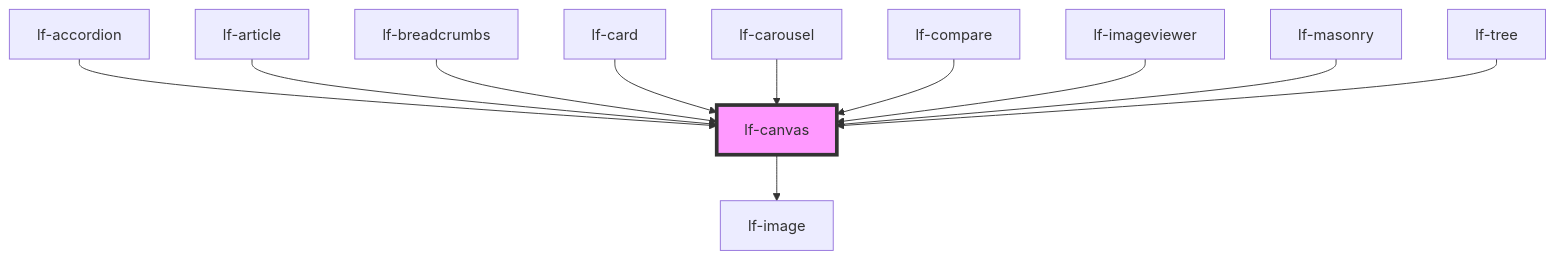
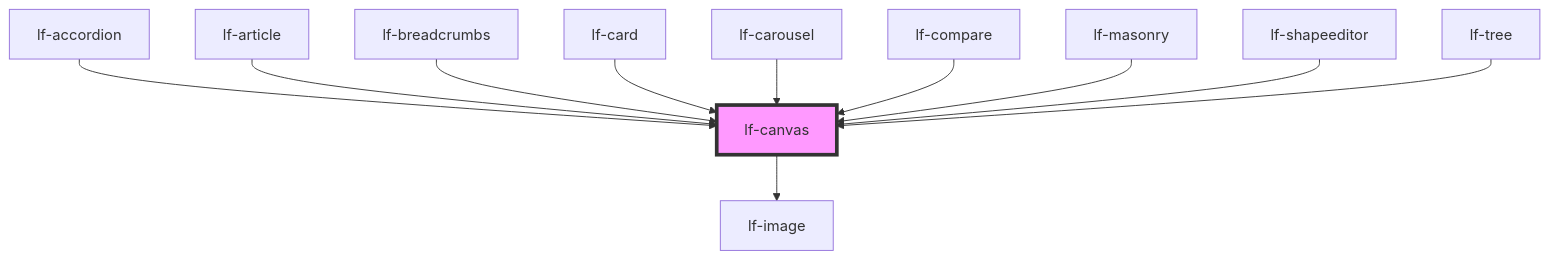
Before and after one commit to lucafoscili/lf-widgets: the diagram in packages/core/src/components/lf-canvas/readme.md, drawn with Mermaid. The commit also changed other lines of this file and 27 other files, not shown here.

````diff
--- a/packages/core/src/components/lf-canvas/readme.md
+++ b/packages/core/src/components/lf-canvas/readme.md
@@ -219,14 +219,14 @@
 ```mermaid
 graph TD;
   lf-canvas --> lf-image
   lf-accordion --> lf-canvas
   lf-article --> lf-canvas
   lf-breadcrumbs --> lf-canvas
   lf-card --> lf-canvas
   lf-carousel --> lf-canvas
   lf-compare --> lf-canvas
-  lf-imageviewer --> lf-canvas
   lf-masonry --> lf-canvas
+  lf-shapeeditor --> lf-canvas
   lf-tree --> lf-canvas
   style lf-canvas fill:#f9f,stroke:#333,stroke-width:4px
 ```
````
